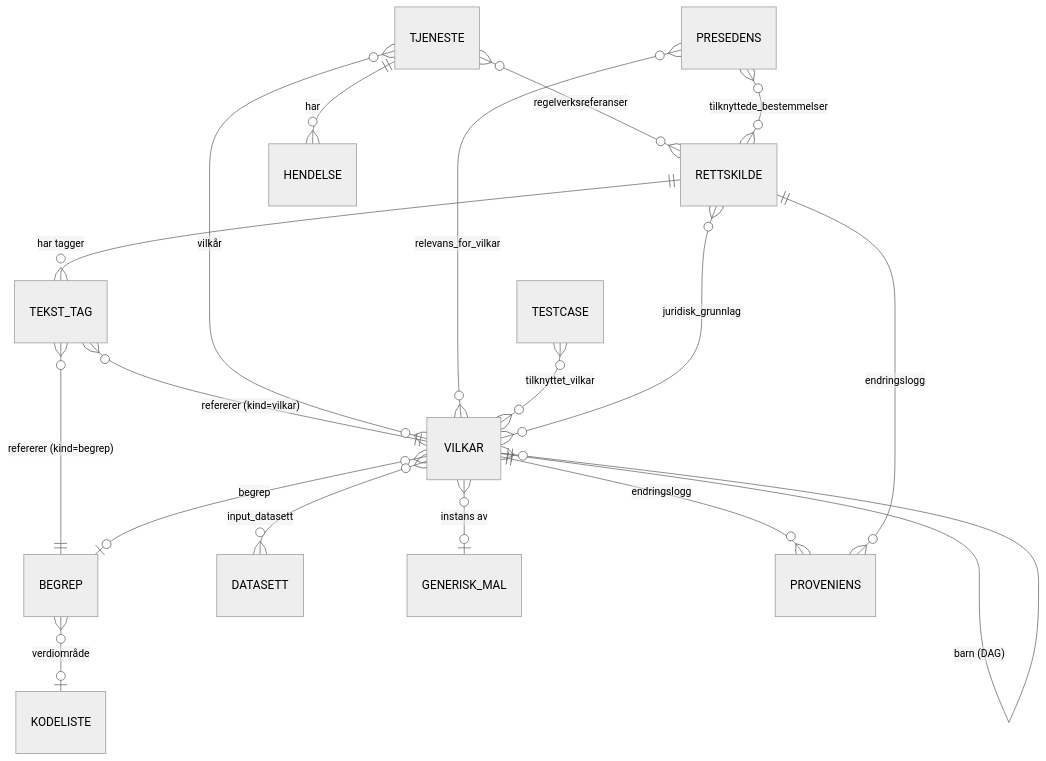
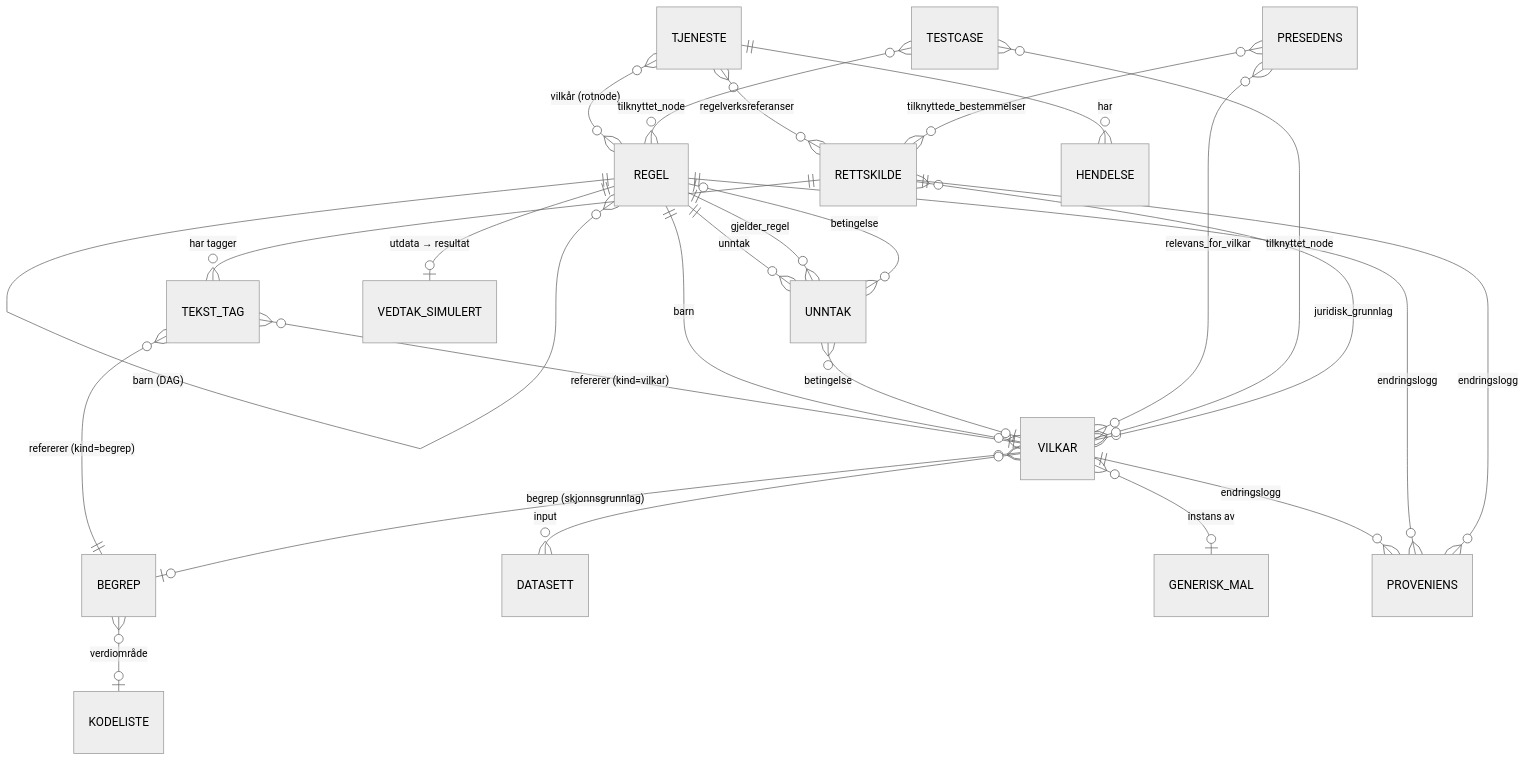
Before and after one commit to FinnurO/regel-ide: the first of 3 diagrams in docs/03-domenemodell.md, drawn with Mermaid (neutral theme). The commit also changed other lines of this file and 7 other files, not shown here.

First line of the commit message:
v0.2: lås Vilkår/Regel/Unntak-ontologien, modeller Vedtak, presiser skjønn

````diff
--- a/docs/03-domenemodell.md
+++ b/docs/03-domenemodell.md
@@ -145,20 +178,28 @@
 ```mermaid
 erDiagram
   RETTSKILDE ||--o{ TEKST_TAG : "har tagger"
   TEKST_TAG }o--|| BEGREP : "refererer (kind=begrep)"
   TEKST_TAG }o--|| VILKAR : "refererer (kind=vilkar)"
   BEGREP }o--o| KODELISTE : "verdiområde"
   VILKAR }o--o{ RETTSKILDE : "juridisk_grunnlag"
-  VILKAR }o--o| BEGREP : "begrep"
-  VILKAR }o--o{ DATASETT : "input_datasett"
-  VILKAR ||--o{ VILKAR : "barn (DAG)"
+  VILKAR }o--o| BEGREP : "begrep (skjonnsgrunnlag)"
+  VILKAR }o--o{ DATASETT : "input"
+  REGEL ||--o{ VILKAR : "barn"
+  REGEL ||--o{ REGEL : "barn (DAG)"
+  REGEL ||--o{ UNNTAK : "unntak"
+  UNNTAK }o--|| REGEL : "gjelder_regel"
+  UNNTAK }o--o| VILKAR : "betingelse"
+  UNNTAK }o--o| REGEL : "betingelse"
   VILKAR }o--o| GENERISK_MAL : "instans av"
-  TJENESTE }o--o{ VILKAR : "vilkår"
+  TJENESTE }o--o{ REGEL : "vilkår (rotnode)"
   TJENESTE }o--o{ RETTSKILDE : "regelverksreferanser"
   TJENESTE ||--o{ HENDELSE : "har"
   PRESEDENS }o--o{ RETTSKILDE : "tilknyttede_bestemmelser"
   PRESEDENS }o--o{ VILKAR : "relevans_for_vilkar"
-  TESTCASE }o--o{ VILKAR : "tilknyttet_vilkar"
+  TESTCASE }o--o{ VILKAR : "tilknyttet_node"
+  TESTCASE }o--o{ REGEL : "tilknyttet_node"
+  REGEL ||--o| VEDTAK_SIMULERT : "utdata → resultat"
   VILKAR ||--o{ PROVENIENS : "endringslogg"
+  REGEL ||--o{ PROVENIENS : "endringslogg"
   RETTSKILDE ||--o{ PROVENIENS : "endringslogg"
 ```
````
